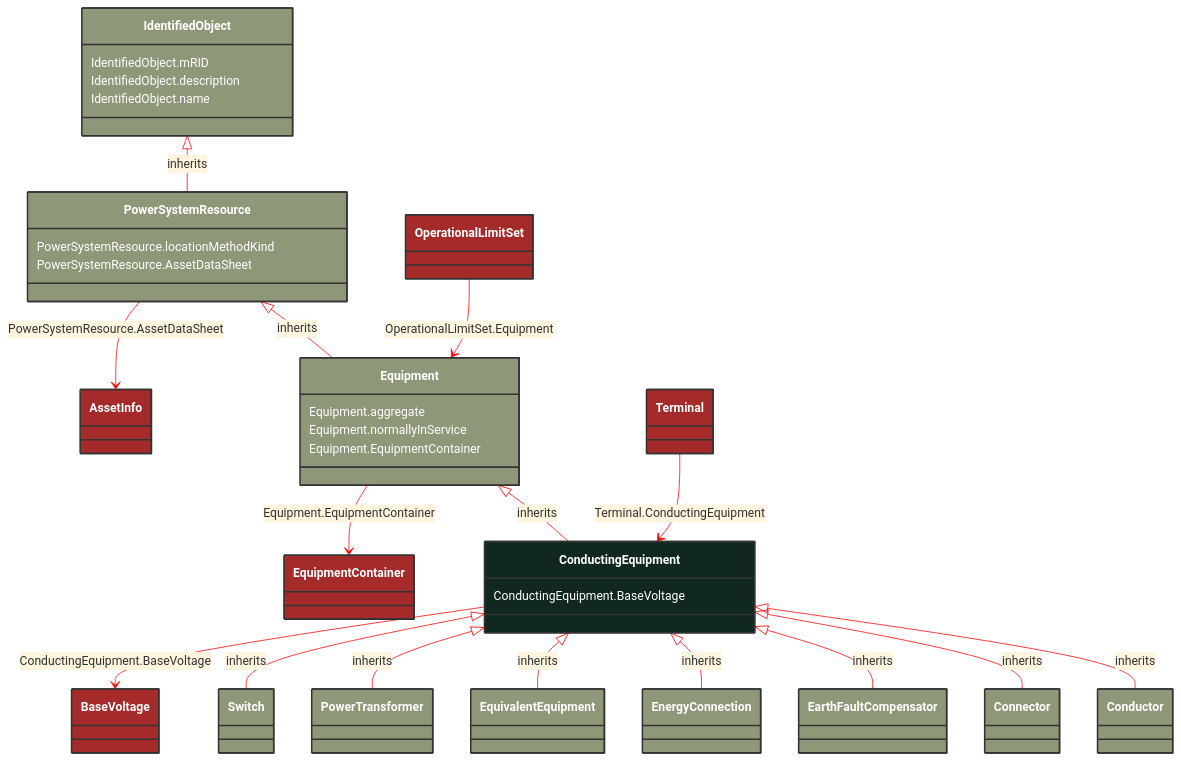
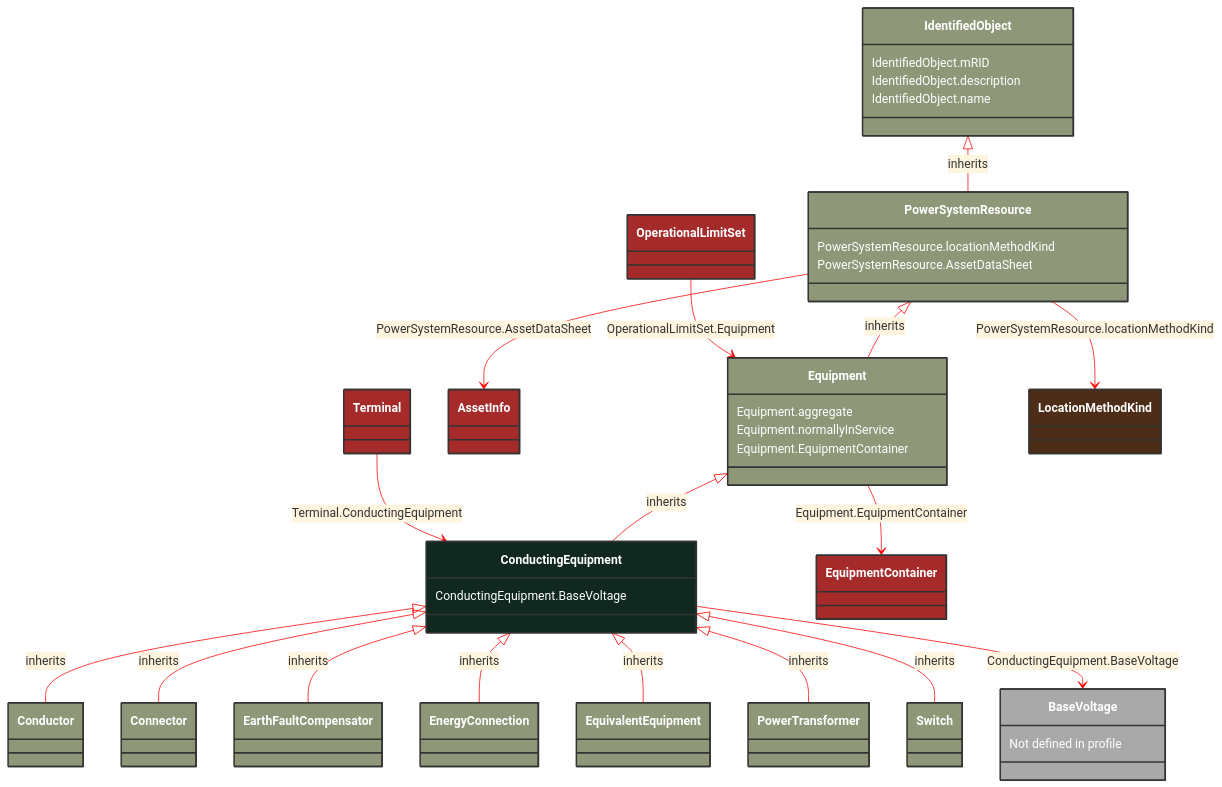
The diagram in docs/Models/Profiles/Telemark-120Equipment/AbstractClasses/ConductingEquipment.md (3lbits/NoCIMExtensions), drawn with Mermaid before and after one commit. The commit also changed 50 other files, not shown here.

Commit message:
Added a change to handle not defined references or ranges

```diff
--- a/docs/Models/Profiles/Telemark-120Equipment/AbstractClasses/ConductingEquipment.md
+++ b/docs/Models/Profiles/Telemark-120Equipment/AbstractClasses/ConductingEquipment.md
@@ -53,7 +53,7 @@
         ConductingEquipment <|-- Switch : inherits
 
         Switch
-            click Switch href "/Models/Profiles/Telemark-120Equipment/ConcreteClasses/Switch/"
+            click Switch href "/Models/Profiles/Telemark-120Equipment/AbstractClasses/Switch/"
             style Switch fill:#8F9779,stroke:#333,stroke-width:2px,rx:10,ry:10,color:white
      
         Equipment <|-- ConductingEquipment : inherits
@@ -70,9 +70,10 @@
 
         ConductingEquipment --> BaseVoltage : ConductingEquipment.BaseVoltage
 
+        BaseVoltage : Not defined in profile
+
         BaseVoltage
-            click BaseVoltage href "/Models/Profiles/Telemark-120Equipment/ConcreteClasses/BaseVoltage/"
-            style BaseVoltage fill:#A52A2A,stroke:#333,stroke-width:2px,rx:10,ry:10,color:white
+            style BaseVoltage fill:#A9A9A9,stroke:#333,stroke-width:2px,rx:10,ry:10,color:white
         Equipment --> EquipmentContainer : Equipment.EquipmentContainer
 
         EquipmentContainer
@@ -96,6 +97,11 @@
             click Terminal href "/Models/Profiles/Telemark-120Equipment/ConcreteClasses/Terminal/"
             style Terminal fill:#A52A2A,stroke:#333,stroke-width:2px,rx:10,ry:10,color:white
 
+        PowerSystemResource --> LocationMethodKind : PowerSystemResource.locationMethodKind
+
+        LocationMethodKind
+            click LocationMethodKind href "/Models/Profiles/Telemark-120Equipment/Enumerations/LocationMethodKind/"
+            style LocationMethodKind fill:#4D2D18,stroke:#333,stroke-width:2px,rx:10,ry:10,color:white
 
         ConductingEquipment : ConductingEquipment.BaseVoltage
         Equipment : Equipment.aggregate
```
